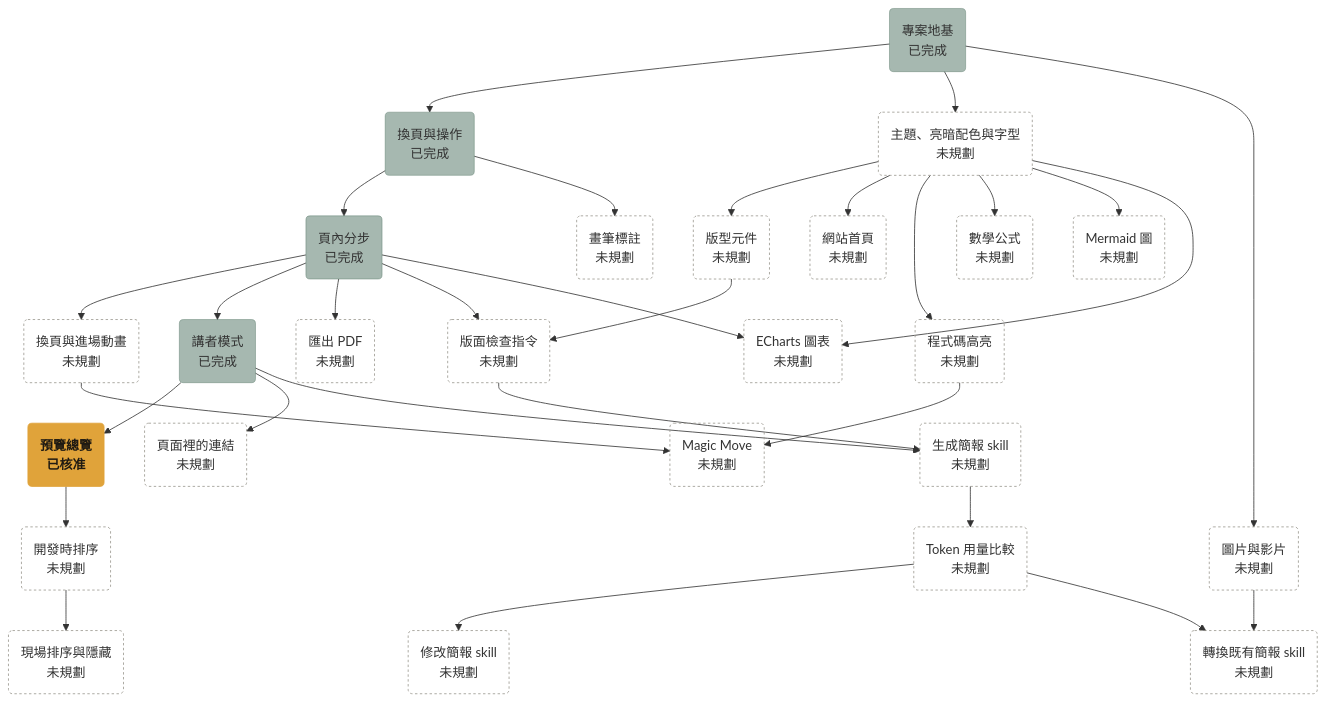
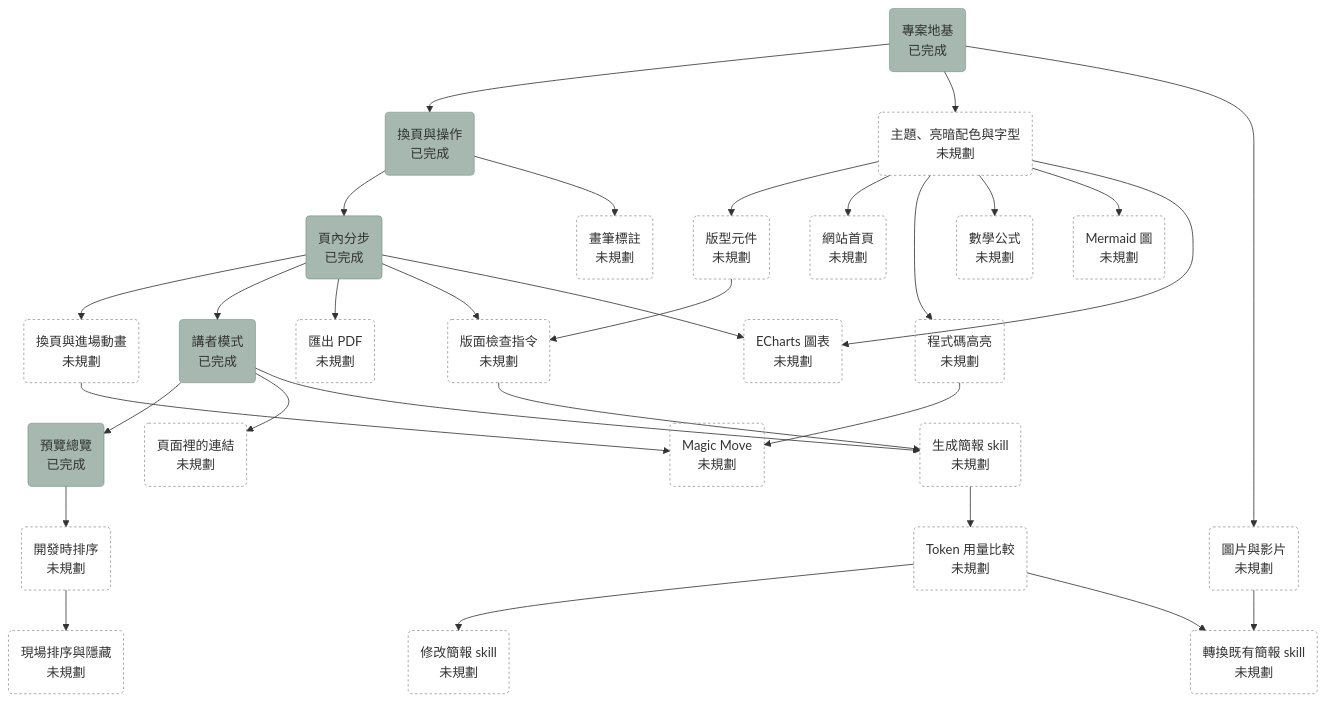
One commit to bingyangchen/diapo changed the diagram in docs/plans/roadmap.md. Above: the diagram before and after it, drawn with Mermaid. The commit also changed other lines of this file and 17 other files, not shown here.

````diff
--- a/docs/plans/roadmap.md
+++ b/docs/plans/roadmap.md
@@ -7,48 +7,48 @@
 ```mermaid
 flowchart TD
   foundation("專案地基<br/>已完成"):::done
   navigation("換頁與操作<br/>已完成"):::done
   steps("頁內分步<br/>已完成"):::done
   transitions("換頁與進場動畫<br/>未規劃"):::unplanned
   magic_move("Magic Move<br/>未規劃"):::unplanned
-  overview("預覽總覽<br/>已核准"):::approved
+  overview("預覽總覽<br/>已完成"):::done
   dev_reorder("開發時排序<br/>未規劃"):::unplanned
   onsite_reorder("現場排序與隱藏<br/>未規劃"):::unplanned
   annotation("畫筆標註<br/>未規劃"):::unplanned
   page_links("頁面裡的連結<br/>未規劃"):::unplanned
   presenter_mode("講者模式<br/>已完成"):::done
   theme("主題、亮暗配色與字型<br/>未規劃"):::unplanned
   layouts("版型元件<br/>未規劃"):::unplanned
   media("圖片與影片<br/>未規劃"):::unplanned
   code_highlight("程式碼高亮<br/>未規劃"):::unplanned
   math("數學公式<br/>未規劃"):::unplanned
   mermaid_diagram("Mermaid 圖<br/>未規劃"):::unplanned
   charts("ECharts 圖表<br/>未規劃"):::unplanned
   pdf_export("匯出 PDF<br/>未規劃"):::unplanned
   site_home("網站首頁<br/>未規劃"):::unplanned
   layout_check("版面檢查指令<br/>未規劃"):::unplanned
   skill_generate("生成簡報 skill<br/>未規劃"):::unplanned
   token_benchmark("Token 用量比較<br/>未規劃"):::unplanned
   skill_modify("修改簡報 skill<br/>未規劃"):::unplanned
   skill_convert("轉換既有簡報 skill<br/>未規劃"):::unplanned
   foundation --> navigation --> steps --> transitions --> magic_move
   presenter_mode --> overview --> dev_reorder --> onsite_reorder
   navigation --> annotation
   presenter_mode --> page_links
   steps --> presenter_mode --> skill_generate
   steps --> pdf_export
   steps --> layout_check
   foundation --> theme --> layouts --> layout_check --> skill_generate
   skill_generate --> token_benchmark --> skill_modify
   token_benchmark --> skill_convert
   foundation --> media --> skill_convert
   theme --> site_home
   theme --> code_highlight --> magic_move
   theme --> math
   theme --> mermaid_diagram
   theme --> charts
   steps --> charts
   classDef done fill:#4f726280,stroke:#4f726280
   classDef approved fill:#e0a33a,stroke:#e0a33a,color:#1f1a12,font-weight:bold
   classDef unplanned fill:none,stroke:#9a978f,stroke-dasharray:3 3
 ```
````
